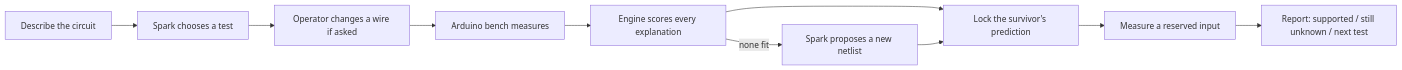
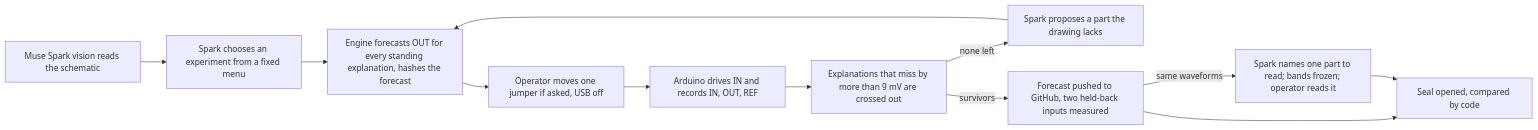
Before and after one commit to bami-codes/BenchMate: the diagram in README.md, drawn with Mermaid. The commit also changed other lines of this file and 4 other files, not shown here.

````diff
--- a/README.md
+++ b/README.md
@@ -63,12 +33,14 @@
 ```mermaid
 flowchart LR
-    A[Describe the circuit] --> B[Spark chooses a test]
-    B --> C[Operator changes a wire if asked]
-    C --> D[Arduino bench measures]
-    D --> E[Engine scores every explanation]
-    E --> F[Lock the survivor's prediction]
-    F --> G[Measure a reserved input]
-    G --> H[Report: supported / still unknown / next test]
-    E -->|none fit| I[Spark proposes a new netlist]
-    I --> F
+    A[Muse Spark vision reads the schematic] --> B[Spark chooses an experiment from a fixed menu]
+    B --> C[Engine forecasts OUT for every standing explanation, hashes the forecast]
+    C --> D[Operator moves one jumper if asked, USB off]
+    D --> E[Arduino drives IN and records IN, OUT, REF]
+    E --> F[Explanations that miss by more than 9 mV are crossed out]
+    F -->|none left| G[Spark proposes a part the drawing lacks]
+    G --> C
+    F -->|survivors| H[Forecast pushed to GitHub, two held-back inputs measured]
+    H -->|same waveforms| I[Spark names one part to read; bands frozen; operator reads it]
+    H --> J[Seal opened, compared by code]
+    I --> J
 ```
````
